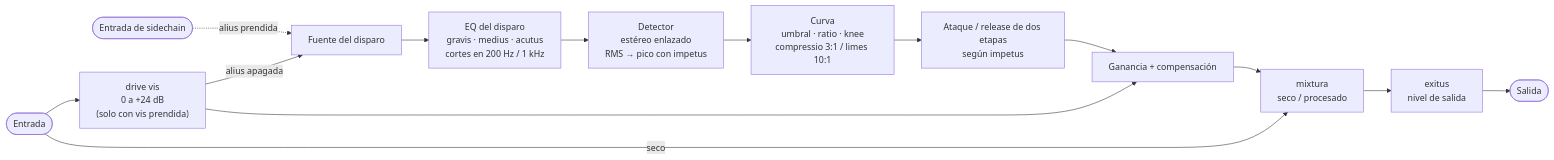
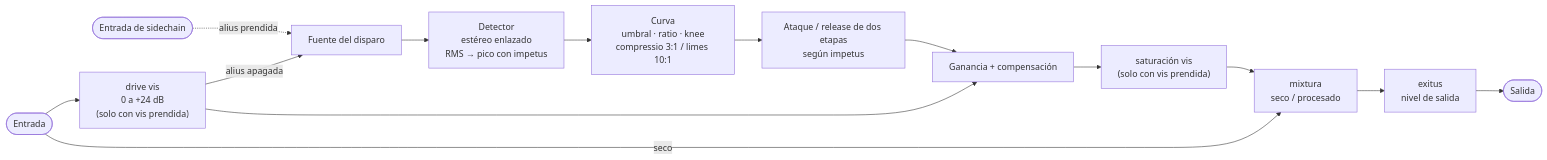
One commit to andesipa/pressura changed the diagram in README.es.md. Above: the diagram before and after it, drawn with Mermaid. The commit also changed other lines of this file and 16 other files, not shown here.

````diff
--- a/README.es.md
+++ b/README.es.md
@@ -121,15 +111,15 @@
 ```mermaid
 flowchart LR
     IN([Entrada]) --> DRV["drive vis<br/>0 a +24 dB<br/>(solo con vis prendida)"]
     SC([Entrada de sidechain]) -. alius prendida .-> SRC
     DRV -- alius apagada --> SRC["Fuente del disparo"]
-    SRC --> EQ["EQ del disparo<br/>gravis · medius · acutus<br/>cortes en 200 Hz / 1 kHz"]
-    EQ --> DET["Detector<br/>estéreo enlazado<br/>RMS → pico con impetus"]
+    SRC --> DET["Detector<br/>estéreo enlazado<br/>RMS → pico con impetus"]
     DET --> GC["Curva<br/>umbral · ratio · knee<br/>compressio 3:1 / limes 10:1"]
     GC --> REL["Ataque / release de dos etapas<br/>según impetus"]
     REL --> VCA["Ganancia + compensación"]
     DRV --> VCA
-    VCA --> MIX["mixtura<br/>seco / procesado"]
+    VCA --> SAT["saturación vis<br/>(solo con vis prendida)"]
+    SAT --> MIX["mixtura<br/>seco / procesado"]
     IN -- seco --> MIX
     MIX --> OUT["exitus<br/>nivel de salida"] --> O([Salida])
 ```
````
